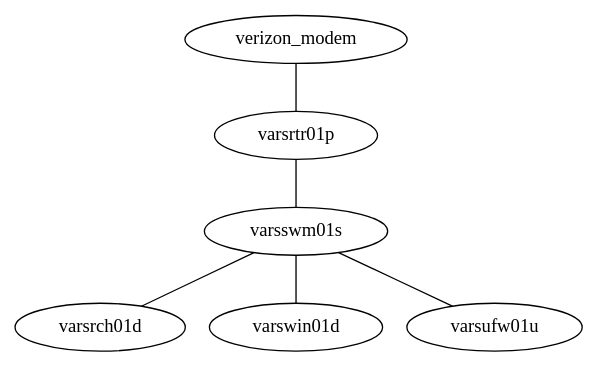
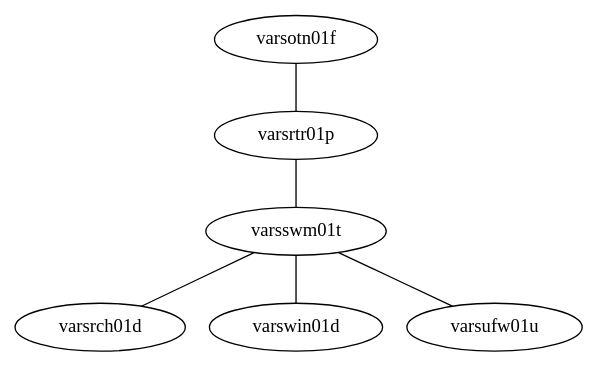
One commit to jrddunbr/sysconfig changed the diagram in vars/network.dot. Above: the diagram before and after it, drawn with Graphviz. The commit also changed 8 other files, not shown here.

```diff
--- a/vars/network.dot
+++ b/vars/network.dot
@@ -1,14 +1,14 @@
 graph {
-  verizon_modem
+  varsotn01f
   varsrtr01p
-  varsswm01s
+  varsswm01t
   varsrch01d
   varswin01d
   varsufw01u
-  
-  verizon_modem -- varsrtr01p
-  varsrtr01p -- varsswm01s
-  varsswm01s -- varsrch01d
-  varsswm01s -- varswin01d
-  varsswm01s -- varsufw01u
+
+  varsotn01f -- varsrtr01p
+  varsrtr01p -- varsswm01t
+  varsswm01t -- varsrch01d
+  varsswm01t -- varswin01d
+  varsswm01t -- varsufw01u
 }
```
